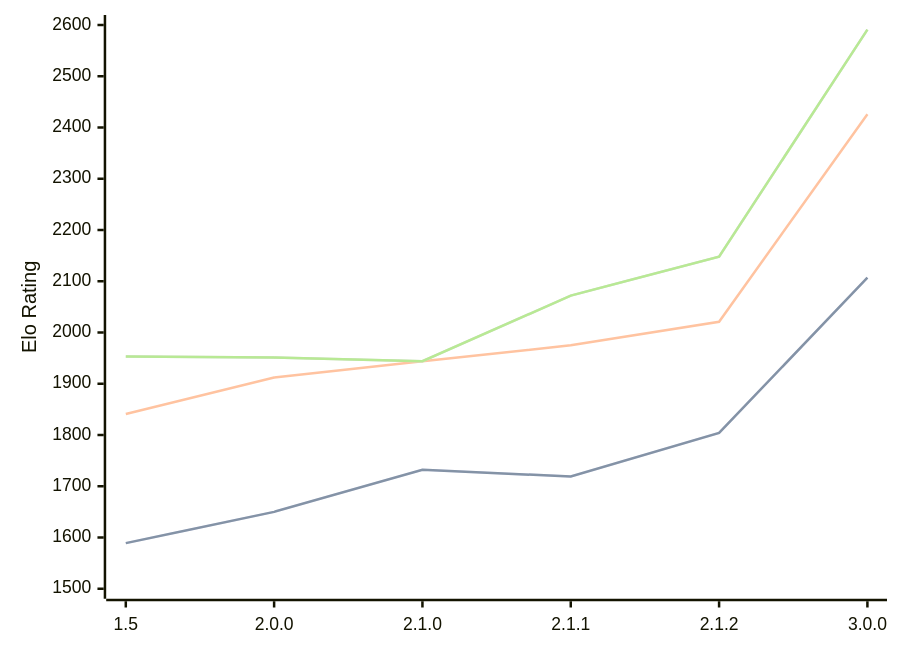
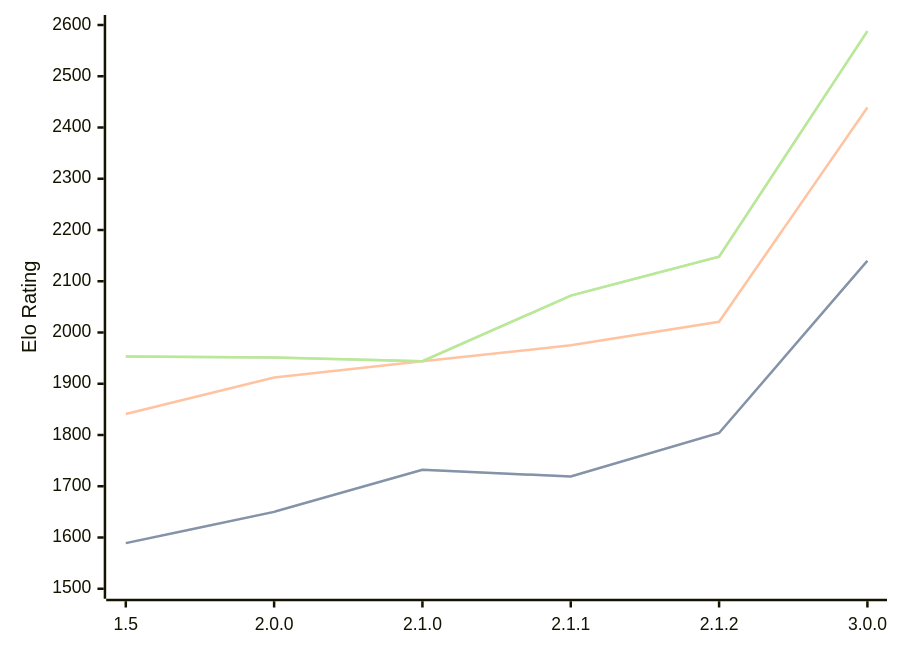
The diagram in engines/Rudim.md (computer-chess-index/cci), drawn with Mermaid before and after one commit. The commit also changed other lines of this file, not shown here.

Commit message:
Update CCI Ratings (ELO VLTC) - 2026-06-09

````diff
--- a/engines/Rudim.md
+++ b/engines/Rudim.md
@@ -45,11 +45,11 @@
 ```mermaid
 %%{init: {"theme":"base","themeVariables":{"seriesColors:['#a3a3a3','#222221','#faa371']}}}%%
 xychart-beta
   x-axis ["1.5", "2.0.0", "2.1.0", "2.1.1", "2.1.2", "3.0.0"]
   y-axis "Elo Rating" 1500 --> 2600
-  line "STC (8.0+0.08s)" [1589, 1650, 1732, 1719, 1804, 2107]
-  line "STC (8.0+0.08s)" [1589, 1650, 1732, 1719, 1804, 2107]
-  line "LTC (60.0+0.60s)" [1841, 1912, 1944, 1975, 2021, 2426]
-  line "VLTC (2m24s+1.12s)" [1953, 1951, 1944, 2072, 2148, 2591]
-  line "VLTC (2m24s+1.12s)" [1953, 1951, 1944, 2072, 2148, 2591]
+  line "STC (8.0+0.08s)" [1589, 1650, 1732, 1719, 1804, 2140]
+  line "STC (8.0+0.08s)" [1589, 1650, 1732, 1719, 1804, 2140]
+  line "LTC (60.0+0.60s)" [1841, 1912, 1944, 1975, 2021, 2439]
+  line "VLTC (2m24s+1.12s)" [1953, 1951, 1944, 2072, 2148, 2588]
+  line "VLTC (2m24s+1.12s)" [1953, 1951, 1944, 2072, 2148, 2588]
 ```
````
